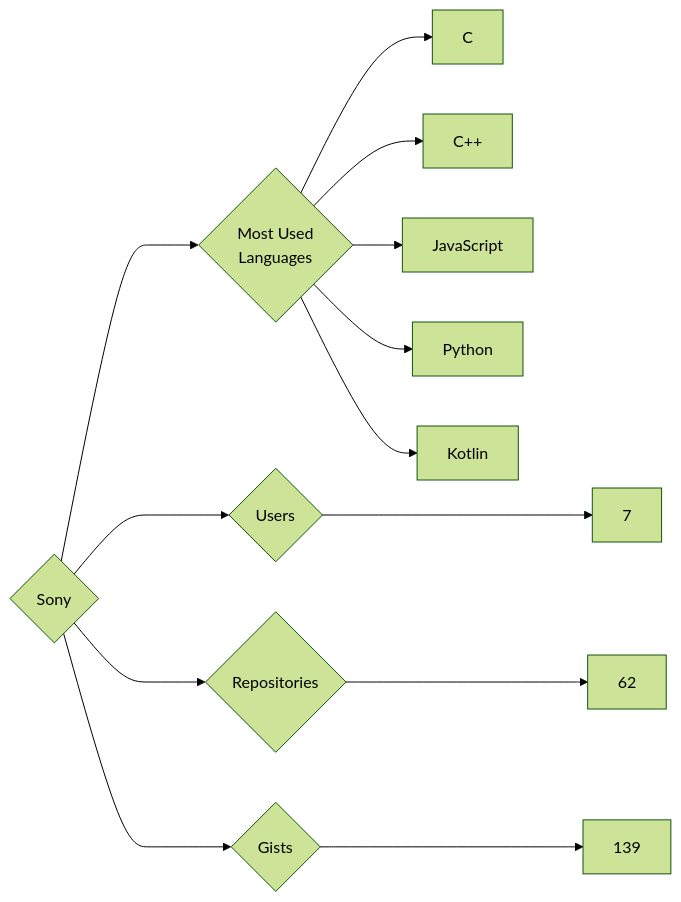
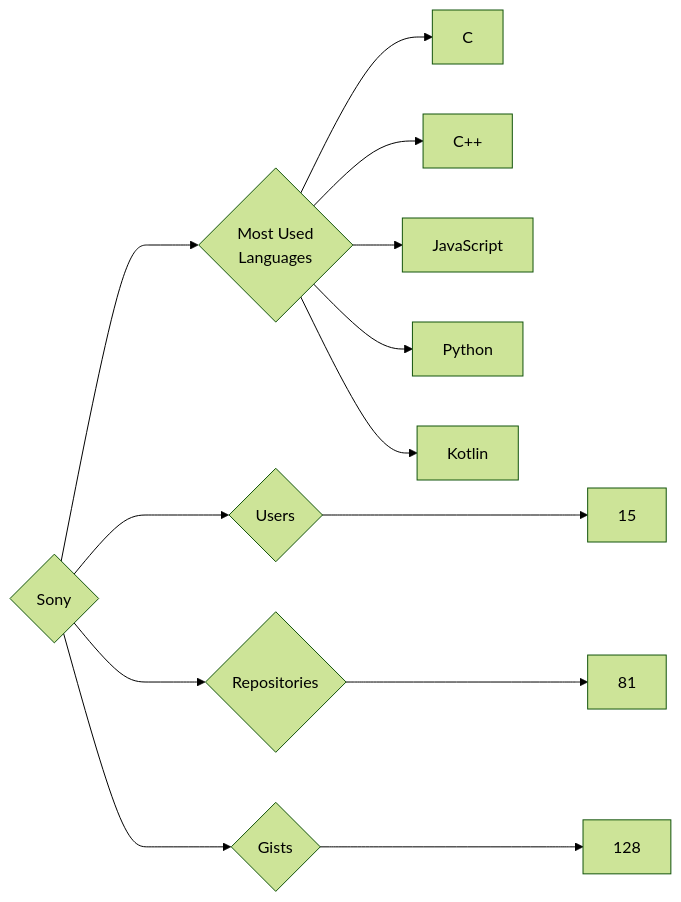
Before and after one commit to trickest/insiders: the diagram in targets/Sony/README.md, drawn with Mermaid (forest theme). The commit also changed 833 other files, not shown here.

````diff
--- a/targets/Sony/README.md
+++ b/targets/Sony/README.md
@@ -3,13 +3,13 @@
 ```mermaid
 graph LR
 COMPANY_NAME{Sony}
-COMPANY_NAME ---> U{Users} ---> UN[7]
-COMPANY_NAME ---> R{Repositories} ---> RN[62]
-COMPANY_NAME ---> G{Gists} ---> GN[139]
+COMPANY_NAME ---> U{Users} ---> UN[15]
+COMPANY_NAME ---> R{Repositories} ---> RN[81]
+COMPANY_NAME ---> G{Gists} ---> GN[128]
 COMPANY_NAME ---> ML{Most Used<br>Languages}
 ML --> C[C]
 ML --> C++[C++]
 ML --> JavaScript[JavaScript]
 ML --> Python[Python]
 ML --> Kotlin[Kotlin]
 ```
````
